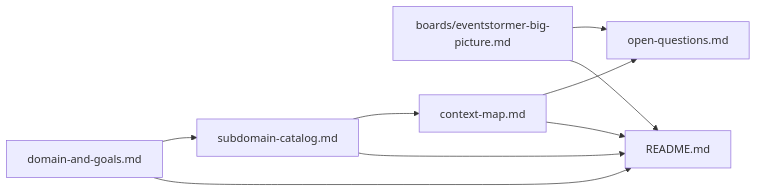
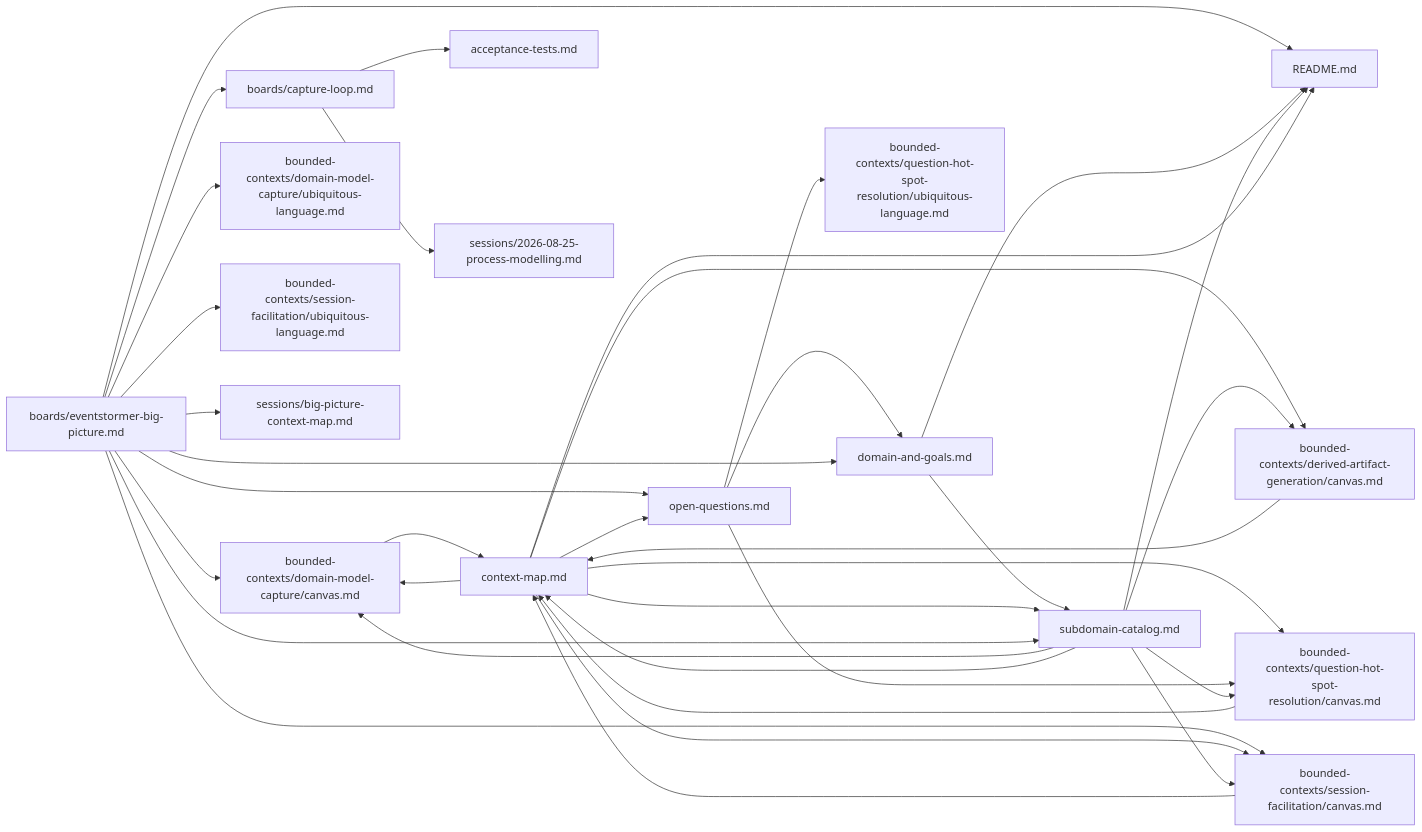
Before and after one commit to vinialbano/eventstormer: the diagram in docs/domain/README.md, drawn with Mermaid. The commit also changed other lines of this file and 17 other files, not shown here.

First line of the commit message:
docs: Process Modelling EventStorming on the capture loop (#5)

````diff
--- a/docs/domain/README.md
+++ b/docs/domain/README.md
@@ -113,11 +133,37 @@
 ```mermaid
 graph LR
   boards_eventstormer_big_picture_md["boards/eventstormer-big-picture.md"] --> README_md["README.md"]
   domain_and_goals_md["domain-and-goals.md"] --> README_md["README.md"]
   subdomain_catalog_md["subdomain-catalog.md"] --> README_md["README.md"]
   context_map_md["context-map.md"] --> README_md["README.md"]
-  domain_and_goals_md["domain-and-goals.md"] --> subdomain_catalog_md["subdomain-catalog.md"]
+  boards_capture_loop_md["boards/capture-loop.md"] --> acceptance_tests_md["acceptance-tests.md"]
+  boards_eventstormer_big_picture_md["boards/eventstormer-big-picture.md"] --> boards_capture_loop_md["boards/capture-loop.md"]
+  context_map_md["context-map.md"] --> bounded_contexts_derived_artifact_generation_canvas_md["bounded-contexts/derived-artifact-generation/canvas.md"]
+  subdomain_catalog_md["subdomain-catalog.md"] --> bounded_contexts_derived_artifact_generation_canvas_md["bounded-contexts/derived-artifact-generation/canvas.md"]
+  boards_eventstormer_big_picture_md["boards/eventstormer-big-picture.md"] --> bounded_contexts_domain_model_capture_canvas_md["bounded-contexts/domain-model-capture/canvas.md"]
+  context_map_md["context-map.md"] --> bounded_contexts_domain_model_capture_canvas_md["bounded-contexts/domain-model-capture/canvas.md"]
+  subdomain_catalog_md["subdomain-catalog.md"] --> bounded_contexts_domain_model_capture_canvas_md["bounded-contexts/domain-model-capture/canvas.md"]
+  boards_eventstormer_big_picture_md["boards/eventstormer-big-picture.md"] --> bounded_contexts_domain_model_capture_ubiquitous_language_md["bounded-contexts/domain-model-capture/ubiquitous-language.md"]
+  context_map_md["context-map.md"] --> bounded_contexts_question_hot_spot_resolution_canvas_md["bounded-contexts/question-hot-spot-resolution/canvas.md"]
+  open_questions_md["open-questions.md"] --> bounded_contexts_question_hot_spot_resolution_canvas_md["bounded-contexts/question-hot-spot-resolution/canvas.md"]
+  subdomain_catalog_md["subdomain-catalog.md"] --> bounded_contexts_question_hot_spot_resolution_canvas_md["bounded-contexts/question-hot-spot-resolution/canvas.md"]
+  open_questions_md["open-questions.md"] --> bounded_contexts_question_hot_spot_resolution_ubiquitous_language_md["bounded-contexts/question-hot-spot-resolution/ubiquitous-language.md"]
+  boards_eventstormer_big_picture_md["boards/eventstormer-big-picture.md"] --> bounded_contexts_session_facilitation_canvas_md["bounded-contexts/session-facilitation/canvas.md"]
+  context_map_md["context-map.md"] --> bounded_contexts_session_facilitation_canvas_md["bounded-contexts/session-facilitation/canvas.md"]
+  subdomain_catalog_md["subdomain-catalog.md"] --> bounded_contexts_session_facilitation_canvas_md["bounded-contexts/session-facilitation/canvas.md"]
+  boards_eventstormer_big_picture_md["boards/eventstormer-big-picture.md"] --> bounded_contexts_session_facilitation_ubiquitous_language_md["bounded-contexts/session-facilitation/ubiquitous-language.md"]
   subdomain_catalog_md["subdomain-catalog.md"] --> context_map_md["context-map.md"]
+  bounded_contexts_session_facilitation_canvas_md["bounded-contexts/session-facilitation/canvas.md"] --> context_map_md["context-map.md"]
+  bounded_contexts_domain_model_capture_canvas_md["bounded-contexts/domain-model-capture/canvas.md"] --> context_map_md["context-map.md"]
+  bounded_contexts_question_hot_spot_resolution_canvas_md["bounded-contexts/question-hot-spot-resolution/canvas.md"] --> context_map_md["context-map.md"]
+  bounded_contexts_derived_artifact_generation_canvas_md["bounded-contexts/derived-artifact-generation/canvas.md"] --> context_map_md["context-map.md"]
+  open_questions_md["open-questions.md"] --> domain_and_goals_md["domain-and-goals.md"]
+  boards_eventstormer_big_picture_md["boards/eventstormer-big-picture.md"] --> domain_and_goals_md["domain-and-goals.md"]
   boards_eventstormer_big_picture_md["boards/eventstormer-big-picture.md"] --> open_questions_md["open-questions.md"]
   context_map_md["context-map.md"] --> open_questions_md["open-questions.md"]
+  boards_capture_loop_md["boards/capture-loop.md"] --> sessions_2026_08_25_process_modelling_md["sessions/2026-08-25-process-modelling.md"]
+  boards_eventstormer_big_picture_md["boards/eventstormer-big-picture.md"] --> sessions_big_picture_context_map_md["sessions/big-picture-context-map.md"]
+  domain_and_goals_md["domain-and-goals.md"] --> subdomain_catalog_md["subdomain-catalog.md"]
+  context_map_md["context-map.md"] --> subdomain_catalog_md["subdomain-catalog.md"]
+  boards_eventstormer_big_picture_md["boards/eventstormer-big-picture.md"] --> subdomain_catalog_md["subdomain-catalog.md"]
 ```
````
